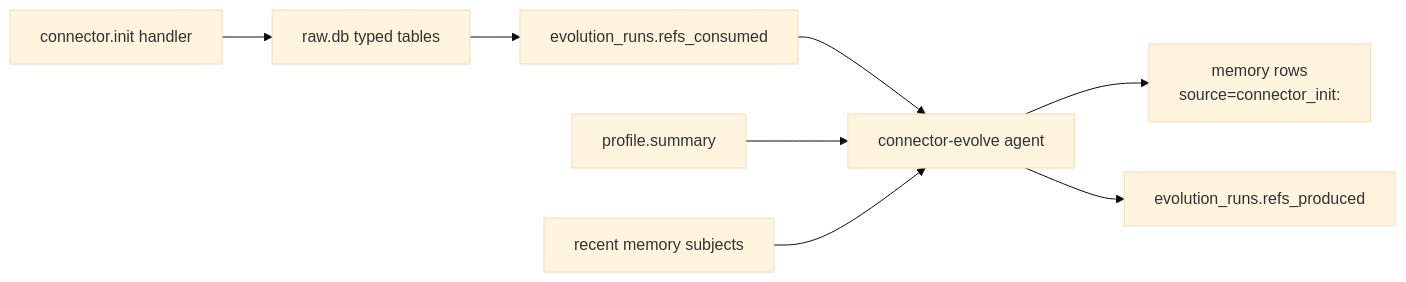
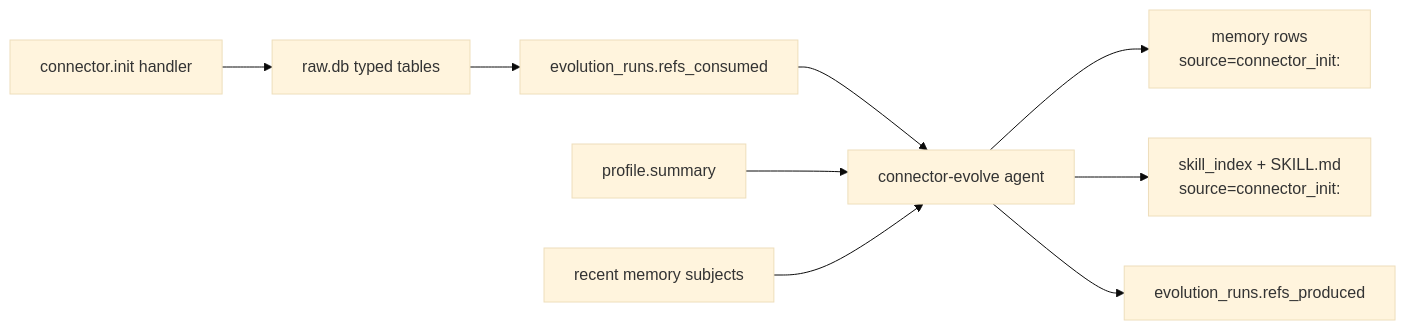
The fourth of 4 diagrams in docs/modules/memory.mdx (Edge-AI-HQ/proactive-assistant), drawn with Mermaid (base theme) before and after one commit. The commit also changed other lines of this file and 7 other files, not shown here.

````diff
--- a/docs/modules/memory.mdx
+++ b/docs/modules/memory.mdx
@@ -98,10 +98,11 @@
 ```mermaid
 flowchart LR
   Init["connector.init handler"] --> Raw["raw.db typed tables"]
   Raw --> Refs["evolution_runs.refs_consumed"]
   Refs --> Evolve["connector-evolve agent"]
   Profile["profile.summary"] --> Evolve
   Subjects["recent memory subjects"] --> Evolve
   Evolve --> Memory["memory rows\nsource=connector_init:<toolkit>"]
+  Evolve --> Skill["skill_index + SKILL.md\nsource=connector_init:<toolkit>"]
   Evolve --> Refs2["evolution_runs.refs_produced"]
 ```
````
